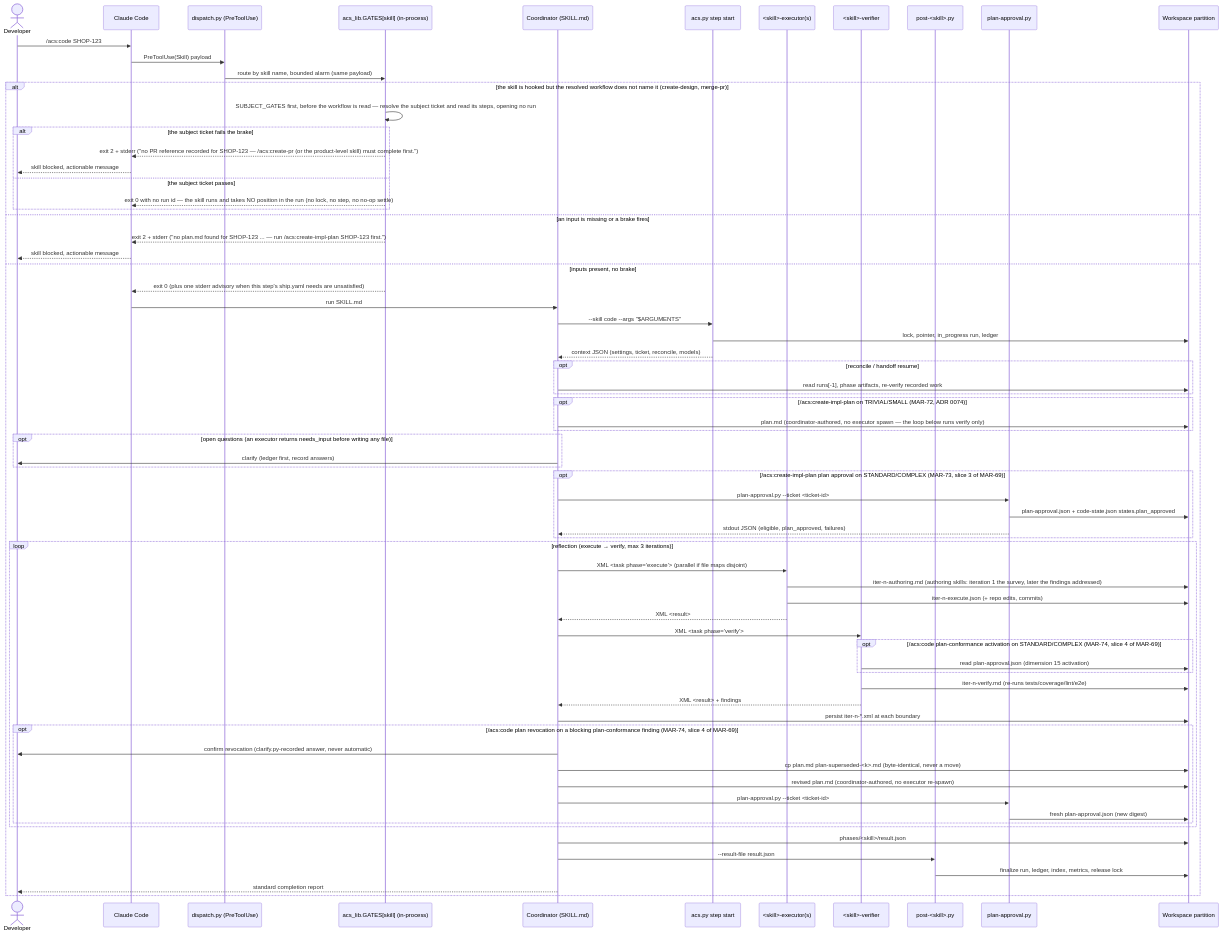
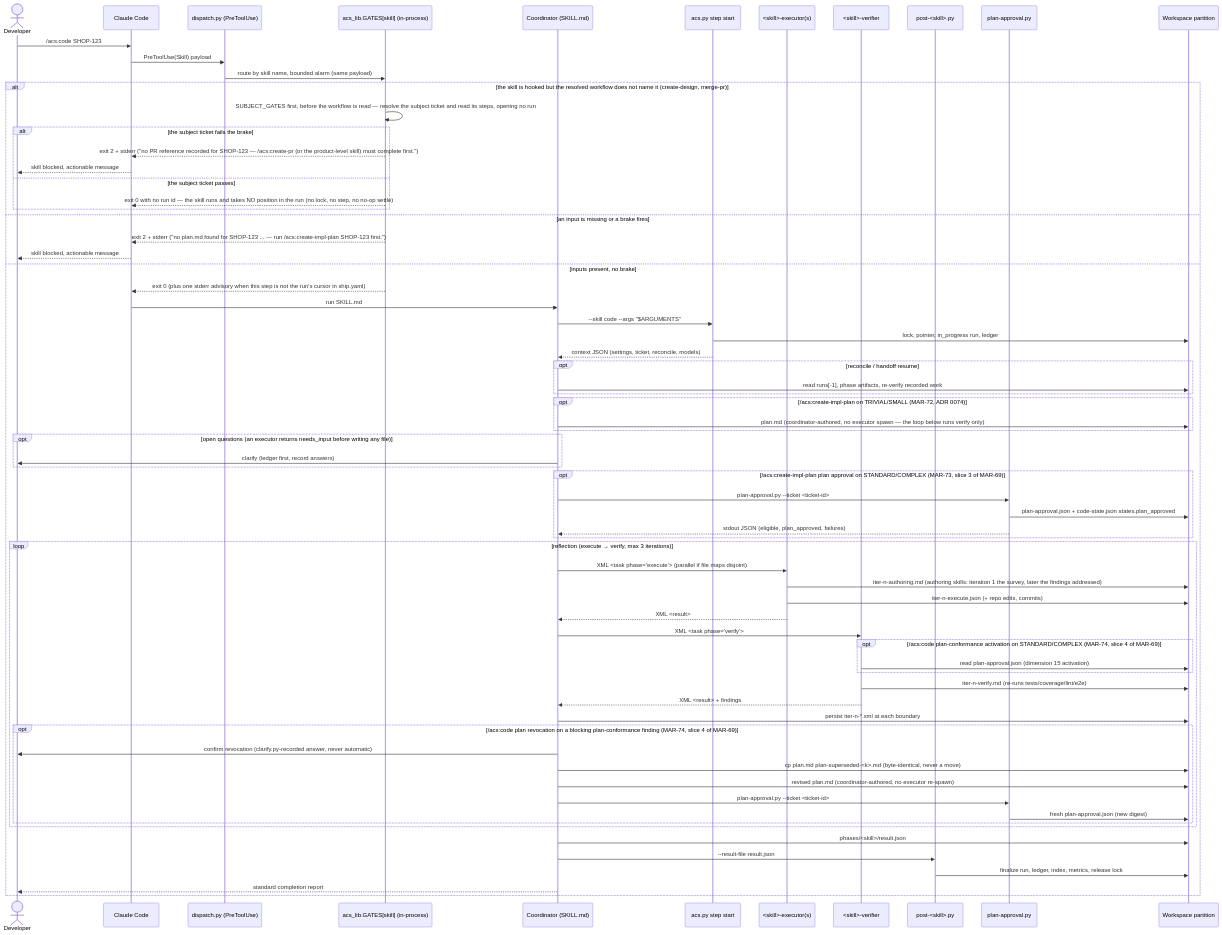
The diagram in docs/architecture/lld/flows/hook-gated-skill-run.md (globalmindsolution/gms-marketplace), drawn with Mermaid before and after one commit. The commit also changed other lines of this file and 3 other files, not shown here.

````diff
--- a/docs/architecture/lld/flows/hook-gated-skill-run.md
+++ b/docs/architecture/lld/flows/hook-gated-skill-run.md
@@ -56,74 +56,74 @@
 ```mermaid
 sequenceDiagram
     actor Dev as Developer
     participant CC as Claude Code
     participant D as dispatch.py (PreToolUse)
     participant PRE as acs_lib.GATES[skill] (in-process)
     participant CO as Coordinator (SKILL.md)
     participant SS as acs.py step start
     participant EX as <skill>-executor(s)
     participant VF as <skill>-verifier
     participant POST as post-<skill>.py
     participant PA as plan-approval.py
     participant WS as Workspace partition
 
     Dev->>CC: /acs:code SHOP-123
     CC->>D: PreToolUse(Skill) payload
     D->>PRE: route by skill name, bounded alarm (same payload)
     alt the skill is hooked but the resolved workflow does not name it (create-design, merge-pr)
         PRE->>PRE: SUBJECT_GATES first, before the workflow is read — resolve the subject ticket and read its steps, opening no run
         alt the subject ticket fails the brake
             PRE-->>CC: exit 2 + stderr ("no PR reference recorded for SHOP-123 — /acs:create-pr (or the product-level skill) must complete first.")
             CC-->>Dev: skill blocked, actionable message
         else the subject ticket passes
             PRE-->>CC: exit 0 with no run id — the skill runs and takes NO position in the run (no lock, no step, no no-op settle)
         end
     else an input is missing or a brake fires
         PRE-->>CC: exit 2 + stderr ("no plan.md found for SHOP-123 ... — run /acs:create-impl-plan SHOP-123 first.")
         CC-->>Dev: skill blocked, actionable message
     else inputs present, no brake
-        PRE-->>CC: exit 0 (plus one stderr advisory when this step's ship.yaml needs are unsatisfied)
+        PRE-->>CC: exit 0 (plus one stderr advisory when this step is not the run's cursor in ship.yaml)
         CC->>CO: run SKILL.md
         CO->>SS: --skill code --args "$ARGUMENTS"
         SS->>WS: lock, pointer, in_progress run, ledger
         SS-->>CO: context JSON (settings, ticket, reconcile, models)
         opt reconcile / handoff resume
             CO->>WS: read runs[-1], phase artifacts, re-verify recorded work
         end
         opt /acs:create-impl-plan on TRIVIAL/SMALL (MAR-72, ADR 0074)
             CO->>WS: plan.md (coordinator-authored, no executor spawn — the loop below runs verify only)
         end
         opt open questions (an executor returns needs_input before writing any file)
             CO->>Dev: clarify (ledger first, record answers)
         end
         opt /acs:create-impl-plan plan approval on STANDARD/COMPLEX (MAR-73, slice 3 of MAR-69)
             CO->>PA: plan-approval.py --ticket <ticket-id>
             PA->>WS: plan-approval.json + code-state.json states.plan_approved
             PA-->>CO: stdout JSON (eligible, plan_approved, failures)
         end
         loop reflection (execute → verify, max 3 iterations)
             CO->>EX: XML <task phase="execute"> (parallel if file maps disjoint)
             EX->>WS: iter-n-authoring.md (authoring skills: iteration 1 the survey, later the findings addressed)
             EX->>WS: iter-n-execute.json (+ repo edits, commits)
             EX-->>CO: XML <result>
             CO->>VF: XML <task phase="verify">
             opt /acs:code plan-conformance activation on STANDARD/COMPLEX (MAR-74, slice 4 of MAR-69)
                 VF->>WS: read plan-approval.json (dimension 15 activation)
             end
             VF->>WS: iter-n-verify.md (re-runs tests/coverage/lint/e2e)
             VF-->>CO: XML <result> + findings
             CO->>WS: persist iter-n-*.xml at each boundary
             opt /acs:code plan revocation on a blocking plan-conformance finding (MAR-74, slice 4 of MAR-69)
                 CO->>Dev: confirm revocation (clarify.py-recorded answer, never automatic)
                 CO->>WS: cp plan.md plan-superseded-<k>.md (byte-identical, never a move)
                 CO->>WS: revised plan.md (coordinator-authored, no executor re-spawn)
                 CO->>PA: plan-approval.py --ticket <ticket-id>
                 PA->>WS: fresh plan-approval.json (new digest)
             end
         end
         CO->>WS: phases/<skill>/result.json
         CO->>POST: --result-file result.json
         POST->>WS: finalize run, ledger, index, metrics, release lock
         CO-->>Dev: standard completion report
     end
 ```
````
